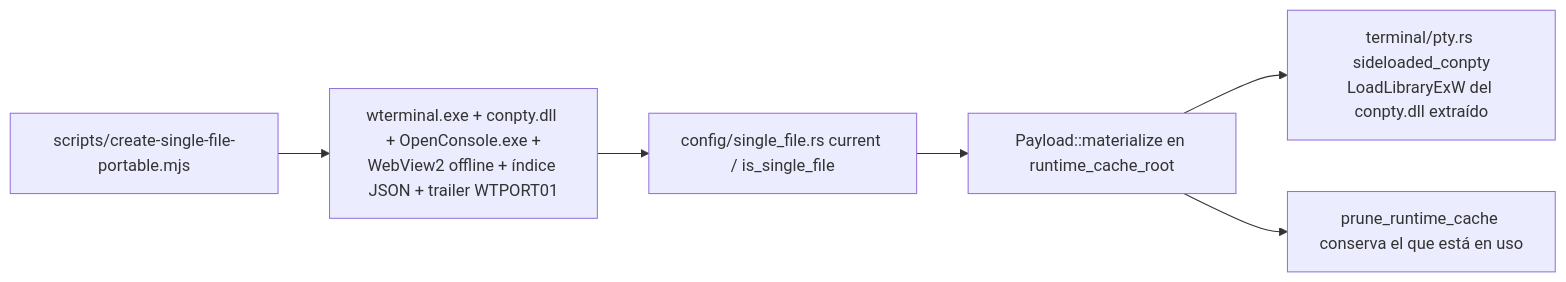
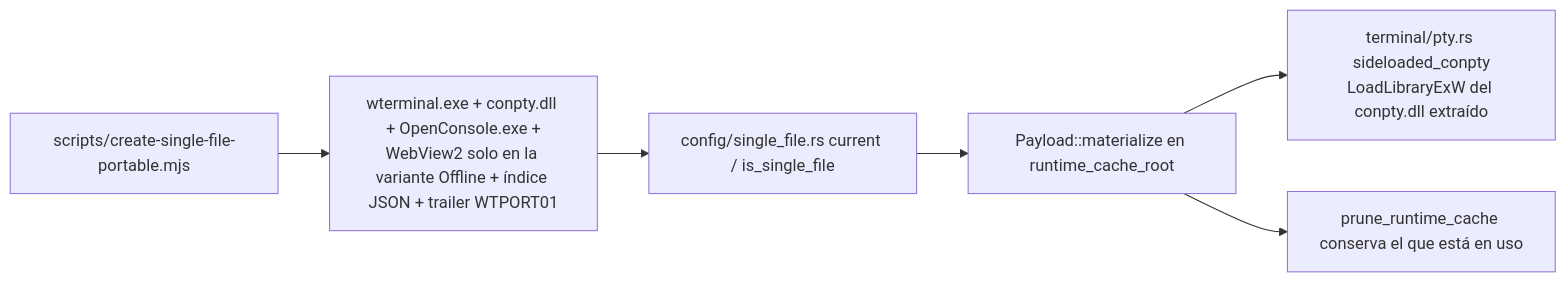
Before and after one commit to Darkeiser003/Terminal: diagram 12 of 19 in README.md, drawn with Mermaid. The commit also changed other lines of this file and 106 other files, not shown here.

````diff
--- a/README.md
+++ b/README.md
@@ -1321,8 +1499,8 @@
 ```mermaid
 flowchart LR
-  B["scripts/create-single-file-portable.mjs"] --> P["wterminal.exe + conpty.dll + OpenConsole.exe +<br/>WebView2 offline + índice JSON + trailer WTPORT01"]
+  B["scripts/create-single-file-portable.mjs"] --> P["wterminal.exe + conpty.dll + OpenConsole.exe +<br/>WebView2 solo en la variante Offline + índice JSON + trailer WTPORT01"]
   P --> R["config/single_file.rs current / is_single_file"]
   R --> M["Payload::materialize en runtime_cache_root"]
   M --> S["terminal/pty.rs sideloaded_conpty<br/>LoadLibraryExW del conpty.dll extraído"]
   M --> K["prune_runtime_cache conserva el que está en uso"]
 ```
````
